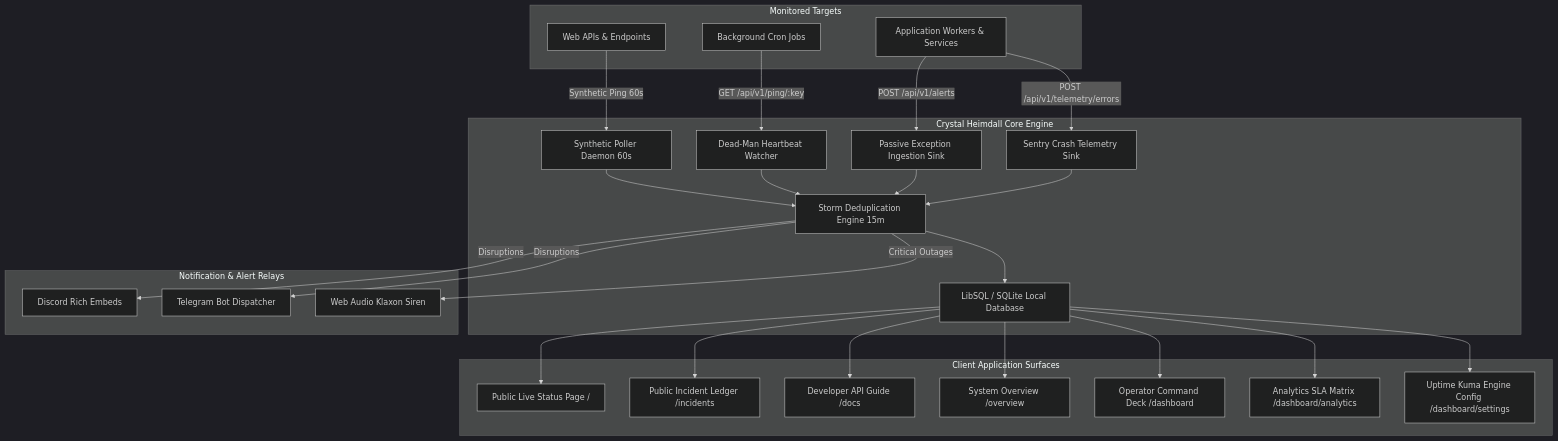
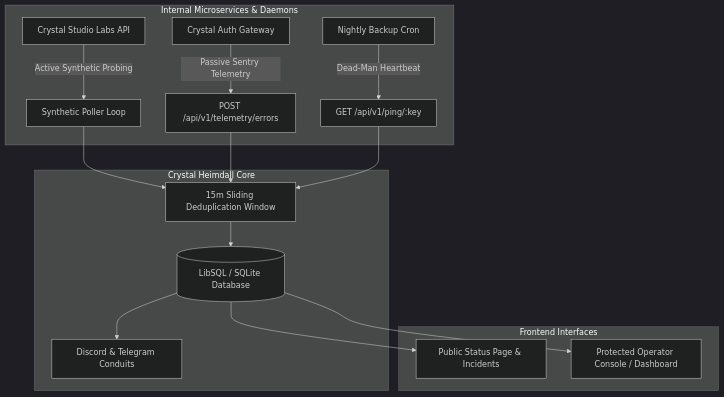
The diagram in ARCHITECTURE.md (Crystal-Studio-Labs/Crystal-Heimdall), drawn with Mermaid (dark theme) before and after one commit. The commit also changed other lines of this file and 5 other files, not shown here.

Commit message:
docs: reinforce private repository classification, proprietary headers, and internal team onboarding guidelines

````diff
--- a/ARCHITECTURE.md
+++ b/ARCHITECTURE.md
@@ -12,56 +13,21 @@
 ```mermaid
 graph TD
-    subgraph Monitored Targets
-        A1[Web APIs & Endpoints]
-        A2[Background Cron Jobs]
-        A3[Application Workers & Services]
+    subgraph Private Network [Internal Microservices & Daemons]
+        AuthSvc[Crystal Auth Gateway] -->|Passive Sentry Telemetry| Sink[POST /api/v1/telemetry/errors]
+        ApiSvc[Crystal Studio Labs API] -->|Active Synthetic Probing| Poller[Synthetic Poller Loop]
+        CronSvc[Nightly Backup Cron] -->|Dead-Man Heartbeat| Heartbeat[GET /api/v1/ping/:key]
     end
 
-    subgraph Crystal Heimdall Core Engine
-        B1[Synthetic Poller Daemon 60s]
-        B2[Dead-Man Heartbeat Watcher]
-        B3[Passive Exception Ingestion Sink]
-        B4[Sentry Crash Telemetry Sink]
-        B5[Storm Deduplication Engine 15m]
-        B6[LibSQL / SQLite Local Database]
+    subgraph Core Engine [Crystal Heimdall Core]
+        Poller --> Dedup[15m Sliding Deduplication Window]
+        Sink --> Dedup
+        Heartbeat --> Dedup
+        Dedup --> DB[(LibSQL / SQLite Database)]
+        DB --> Dispatcher[Discord & Telegram Conduits]
     end
 
-    subgraph Notification & Alert Relays
-        C1[Discord Rich Embeds]
-        C2[Telegram Bot Dispatcher]
-        C3[Web Audio Klaxon Siren]
+    subgraph Client Surfaces [Frontend Interfaces]
+        DB --> PublicUI[Public Status Page & Incidents]
+        DB --> PrivUI[Protected Operator Console / Dashboard]
     end
-
-    subgraph Client Application Surfaces
-        D1[Public Live Status Page /]
-        D2[Public Incident Ledger /incidents]
-        D3[Developer API Guide /docs]
-        D4[System Overview /overview]
-        D5[Operator Command Deck /dashboard]
-        D6[Analytics SLA Matrix /dashboard/analytics]
-        D7[Uptime Kuma Engine Config /dashboard/settings]
-    end
-
-    A1 -->|Synthetic Ping 60s| B1
-    A2 -->|GET /api/v1/ping/:key| B2
-    A3 -->|POST /api/v1/alerts| B3
-    A3 -->|POST /api/v1/telemetry/errors| B4
-
-    B1 --> B5
-    B2 --> B5
-    B3 --> B5
-    B4 --> B5
-
-    B5 --> B6
-    B5 -->|Disruptions| C1
-    B5 -->|Disruptions| C2
-    B5 -->|Critical Outages| C3
-
-    B6 --> D1
-    B6 --> D2
-    B6 --> D3
-    B6 --> D4
-    B6 --> D5
-    B6 --> D6
-    B6 --> D7
 ```
````
